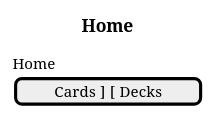
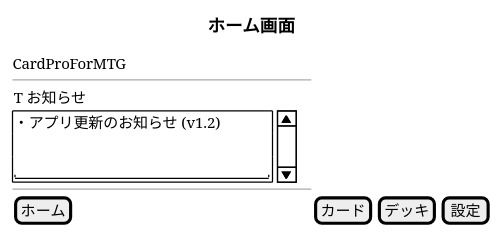
One commit to nilg5120/cardproFlutter changed the diagram in docs/uml/wireframes/home.puml. Above: the diagram before and after it, drawn with PlantUML. The commit also changed 7 other files, not shown here.

```diff
--- a/docs/uml/wireframes/home.puml
+++ b/docs/uml/wireframes/home.puml
@@ -1,12 +1,21 @@
 @startuml
-title Home
+title ホーム画面
 
 salt
 {
   {T
-    Home
+    CardProForMTG
   }
-  [ Cards ]  [ Decks ]
+    --
+  {T お知らせ}
+  {SI
+    ・アプリ更新のお知らせ (v1.2)
+    .
+    "                         "
+  }
+  --
+  ' 下段: フッターボタン（常に移動可能）
+  [ ホーム ] | [ カード ] | [ デッキ ] | [ 設定 ]
 }
 
 @enduml
```
